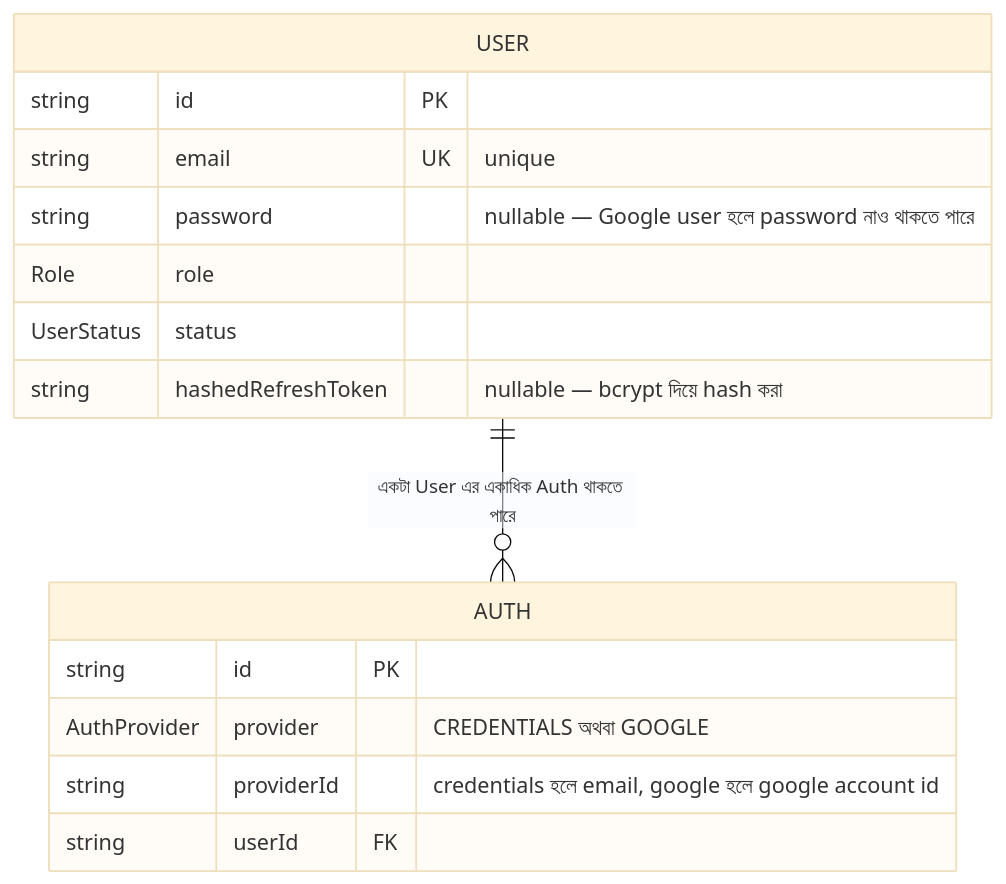
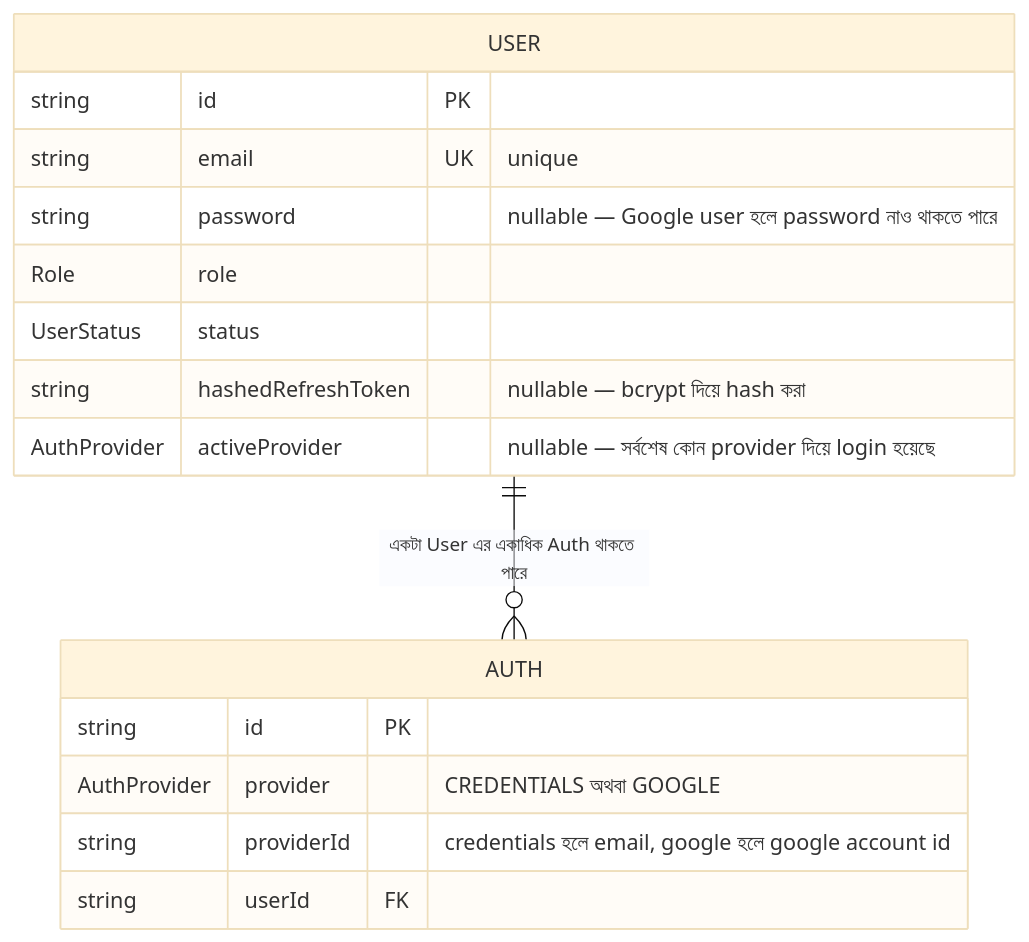
The second of 9 diagrams in Credential_and_google_login_register.md (PrinceCuet77/nest-postify), drawn with Mermaid (base theme) before and after one commit. The commit also changed other lines of this file and 15 other files, not shown here.

Commit message:
feat: user should see user avatar based on login provider

````diff
--- a/Credential_and_google_login_register.md
+++ b/Credential_and_google_login_register.md
@@ -81,20 +102,21 @@
 ```mermaid
 erDiagram
     USER ||--o{ AUTH : "একটা User এর একাধিক Auth থাকতে পারে"
 
     USER {
         string id PK
         string email UK "unique"
         string password "nullable — Google user হলে password নাও থাকতে পারে"
         Role role
         UserStatus status
         string hashedRefreshToken "nullable — bcrypt দিয়ে hash করা"
+        AuthProvider activeProvider "nullable — সর্বশেষ কোন provider দিয়ে login হয়েছে"
     }
 
     AUTH {
         string id PK
         AuthProvider provider "CREDENTIALS অথবা GOOGLE"
         string providerId "credentials হলে email, google হলে google account id"
         string userId FK
     }
 ```
````
